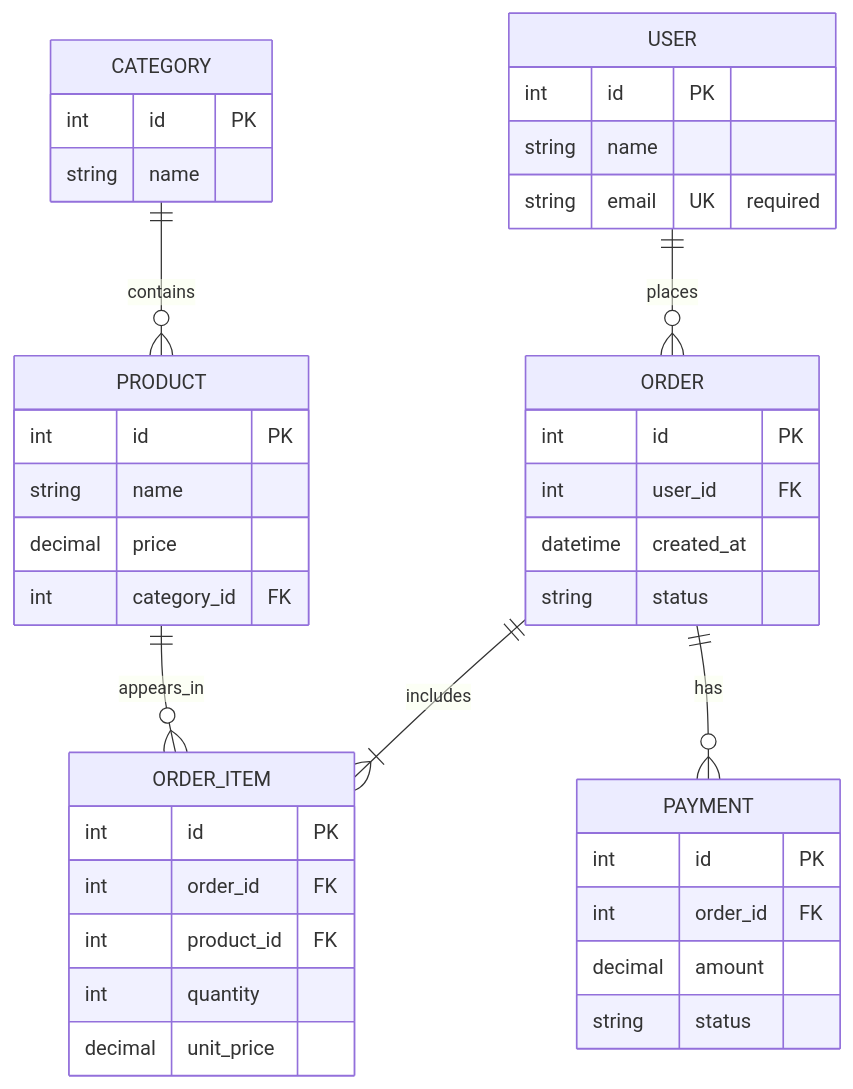
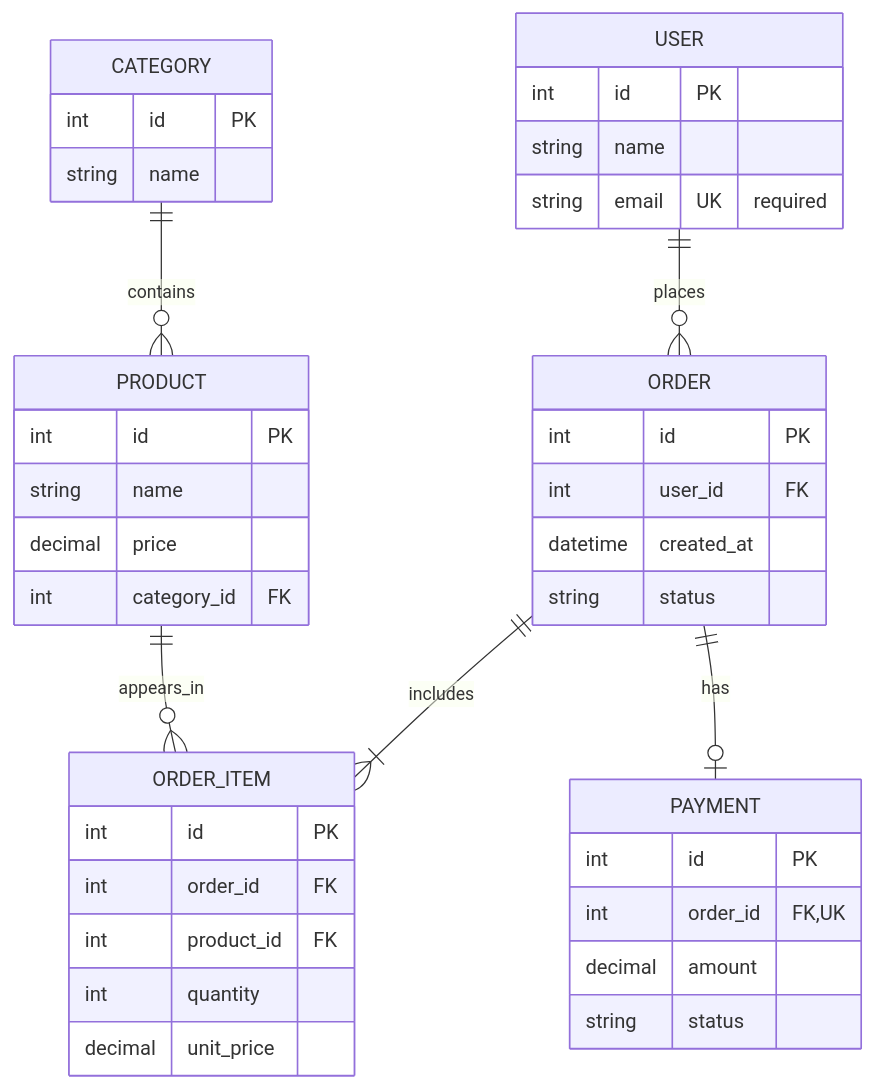
Before and after one commit to removvi/er-model-online-store: the diagram in model/er-diagram.md, drawn with Mermaid.

Commit message:
fix: enforce single payment per order

````diff
--- a/model/er-diagram.md
+++ b/model/er-diagram.md
@@ -4,48 +4,49 @@
 ```mermaid
 erDiagram
     USER {
         int id PK
         string name
         string email UK "required"
     }
 
     CATEGORY {
         int id PK
         string name
     }
 
     PRODUCT {
         int id PK
         string name
         decimal price
         int category_id FK
     }
 
     ORDER {
         int id PK
         int user_id FK
         datetime created_at
         string status
     }
 
     ORDER_ITEM {
         int id PK
         int order_id FK
         int product_id FK
         int quantity
         decimal unit_price
     }
 
     PAYMENT {
         int id PK
-        int order_id FK
+        int order_id FK,UK
         decimal amount
         string status
     }
 
     USER ||--o{ ORDER : places
     CATEGORY ||--o{ PRODUCT : contains
     ORDER ||--|{ ORDER_ITEM : includes
     PRODUCT ||--o{ ORDER_ITEM : appears_in
-    ORDER ||--o{ PAYMENT : has
+    ORDER ||--o| PAYMENT : has
+
 ```
````
